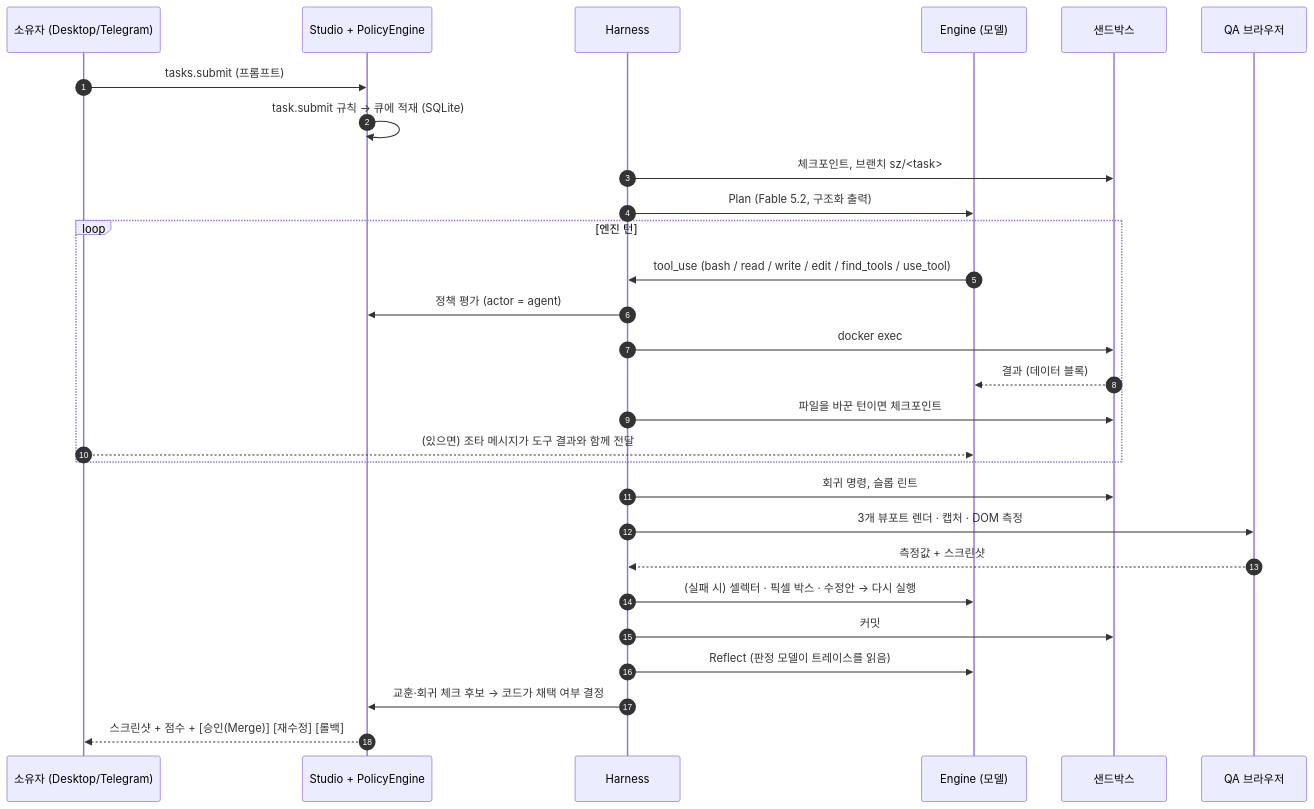
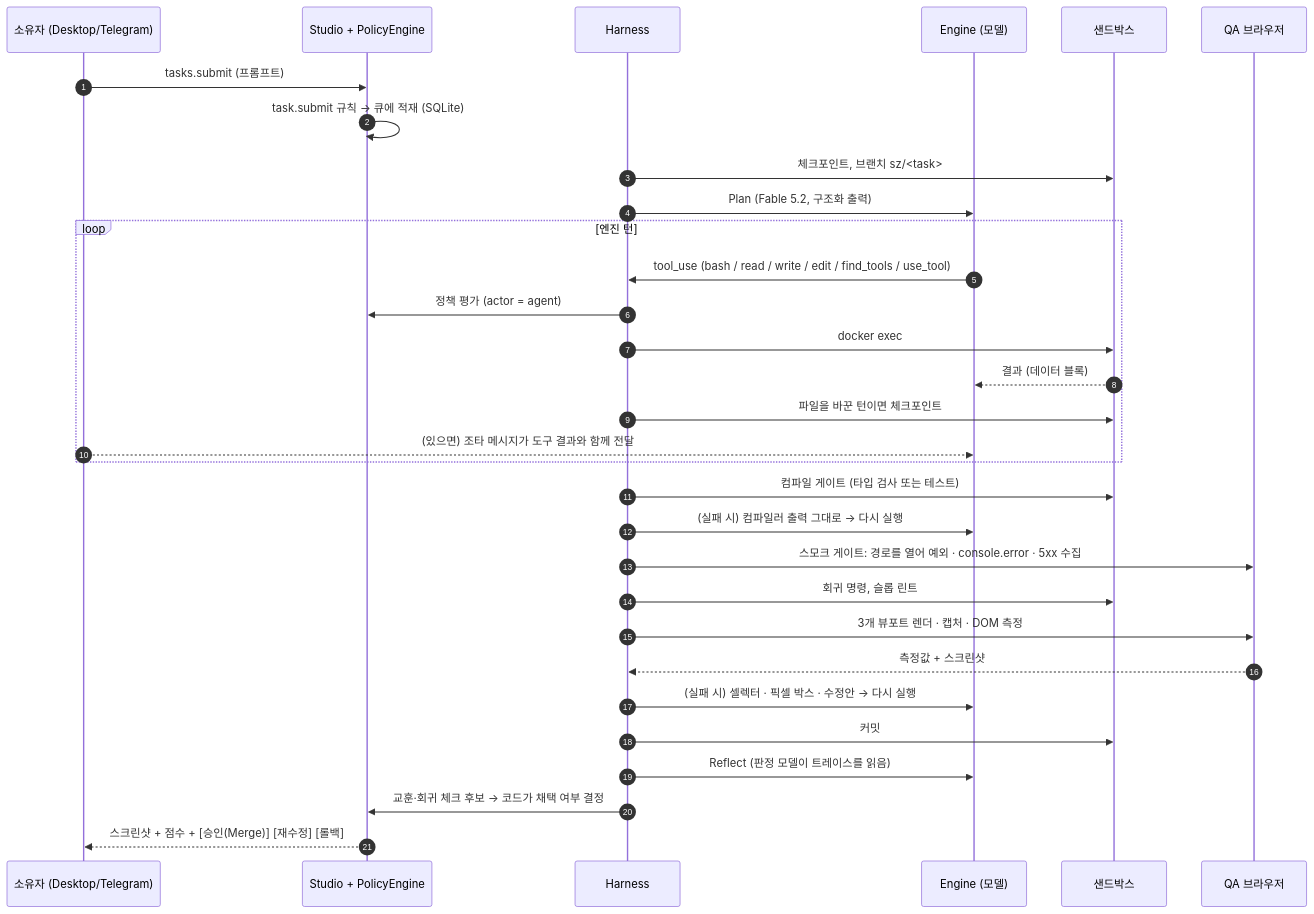
The second of 2 diagrams in docs/ARCHITECTURE.md (simsimhae91/studio-zero), drawn with Mermaid before and after one commit. The commit also changed other lines of this file and 62 other files, not shown here.

````diff
--- a/docs/ARCHITECTURE.md
+++ b/docs/ARCHITECTURE.md
@@ -100,30 +104,33 @@
 ```mermaid
 sequenceDiagram
   autonumber
   participant O as 소유자 (Desktop/Telegram)
   participant S as Studio + PolicyEngine
   participant H as Harness
   participant E as Engine (모델)
   participant X as 샌드박스
   participant Q as QA 브라우저
   O->>S: tasks.submit (프롬프트)
   S->>S: task.submit 규칙 → 큐에 적재 (SQLite)
   H->>X: 체크포인트, 브랜치 sz/<task>
   H->>E: Plan (Fable 5.2, 구조화 출력)
   loop 엔진 턴
     E->>H: tool_use (bash / read / write / edit / find_tools / use_tool)
     H->>S: 정책 평가 (actor = agent)
     H->>X: docker exec
     X-->>E: 결과 (데이터 블록)
     H->>X: 파일을 바꾼 턴이면 체크포인트
     O-->>E: (있으면) 조타 메시지가 도구 결과와 함께 전달
   end
+  H->>X: 컴파일 게이트 (타입 검사 또는 테스트)
+  H->>E: (실패 시) 컴파일러 출력 그대로 → 다시 실행
+  H->>Q: 스모크 게이트: 경로를 열어 예외 · console.error · 5xx 수집
   H->>X: 회귀 명령, 슬롭 린트
   H->>Q: 3개 뷰포트 렌더 · 캡처 · DOM 측정
   Q-->>H: 측정값 + 스크린샷
   H->>E: (실패 시) 셀렉터 · 픽셀 박스 · 수정안 → 다시 실행
   H->>X: 커밋
   H->>E: Reflect (판정 모델이 트레이스를 읽음)
   H->>S: 교훈·회귀 체크 후보 → 코드가 채택 여부 결정
   S-->>O: 스크린샷 + 점수 + [승인(Merge)] [재수정] [롤백]
 ```
````
